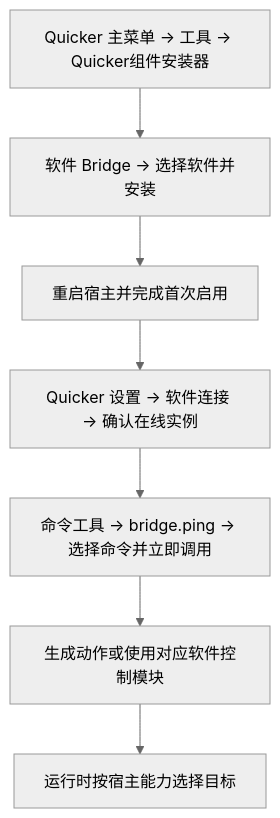
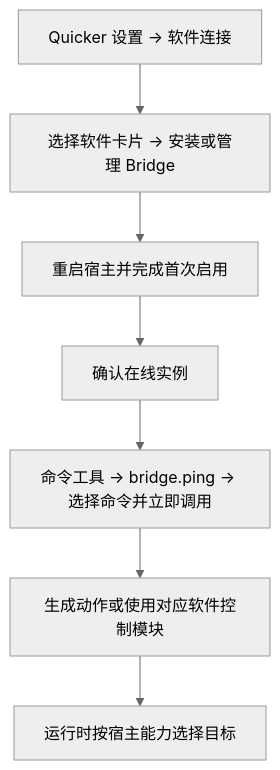
One commit to QuickerOrg/docs.getquicker.net changed the diagram in docs/v2/features/software-connections/index.md. Above: the diagram before and after it, drawn with Mermaid (neutral theme). The commit also changed other lines of this file and 23 other files, not shown here.

````diff
--- a/docs/v2/features/software-connections/index.md
+++ b/docs/v2/features/software-connections/index.md
@@ -16,9 +16,9 @@
 ```mermaid
 flowchart TD
-  A[Quicker 主菜单 → 工具 → Quicker组件安装器] --> B[软件 Bridge → 选择软件并安装]
+  A[Quicker 设置 → 软件连接] --> B[选择软件卡片 → 安装或管理 Bridge]
   B --> C[重启宿主并完成首次启用]
-  C --> D[Quicker 设置 → 软件连接 → 确认在线实例]
+  C --> D[确认在线实例]
   D --> E[命令工具 → bridge.ping → 选择命令并立即调用]
   E --> F[生成动作或使用对应软件控制模块]
   F --> G[运行时按宿主能力选择目标]
 ```
````
